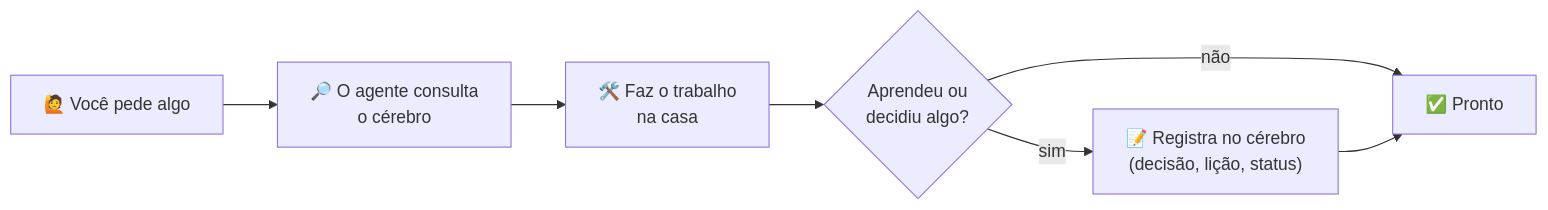
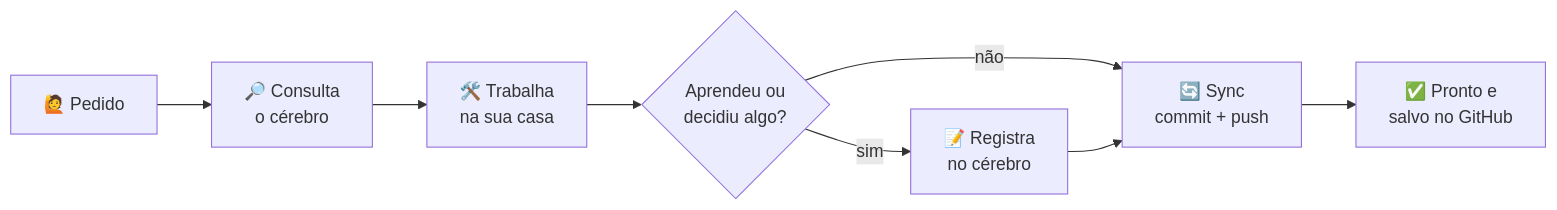
One commit to DizevolvTech/hermes-agent-template changed the third of 4 diagrams in README.md. Above: the diagram before and after it, drawn with Mermaid. The commit also changed other lines of this file and 21 other files, not shown here.

First line of the commit message:
feat: v1.4.0 — sync padronizado pelos agentes e diagrama do cérebro ao centro

````diff
--- a/README.md
+++ b/README.md
@@ -62,9 +76,10 @@
 ```mermaid
 flowchart LR
-    P["🙋 Você pede algo"] --> L["🔎 O agente consulta<br/>o cérebro"]
-    L --> F["🛠️ Faz o trabalho<br/>na casa"]
+    P["🙋 Pedido"] --> L["🔎 Consulta<br/>o cérebro"]
+    L --> F["🛠️ Trabalha<br/>na sua casa"]
     F --> Q{"Aprendeu ou<br/>decidiu algo?"}
-    Q -- "sim" --> M["📝 Registra no cérebro<br/>(decisão, lição, status)"]
-    Q -- "não" --> X["✅ Pronto"]
-    M --> X
+    Q -- "sim" --> M["📝 Registra<br/>no cérebro"]
+    Q -- "não" --> S
+    M --> S["🔄 Sync<br/>commit + push"]
+    S --> X["✅ Pronto e<br/>salvo no GitHub"]
 ```
````
